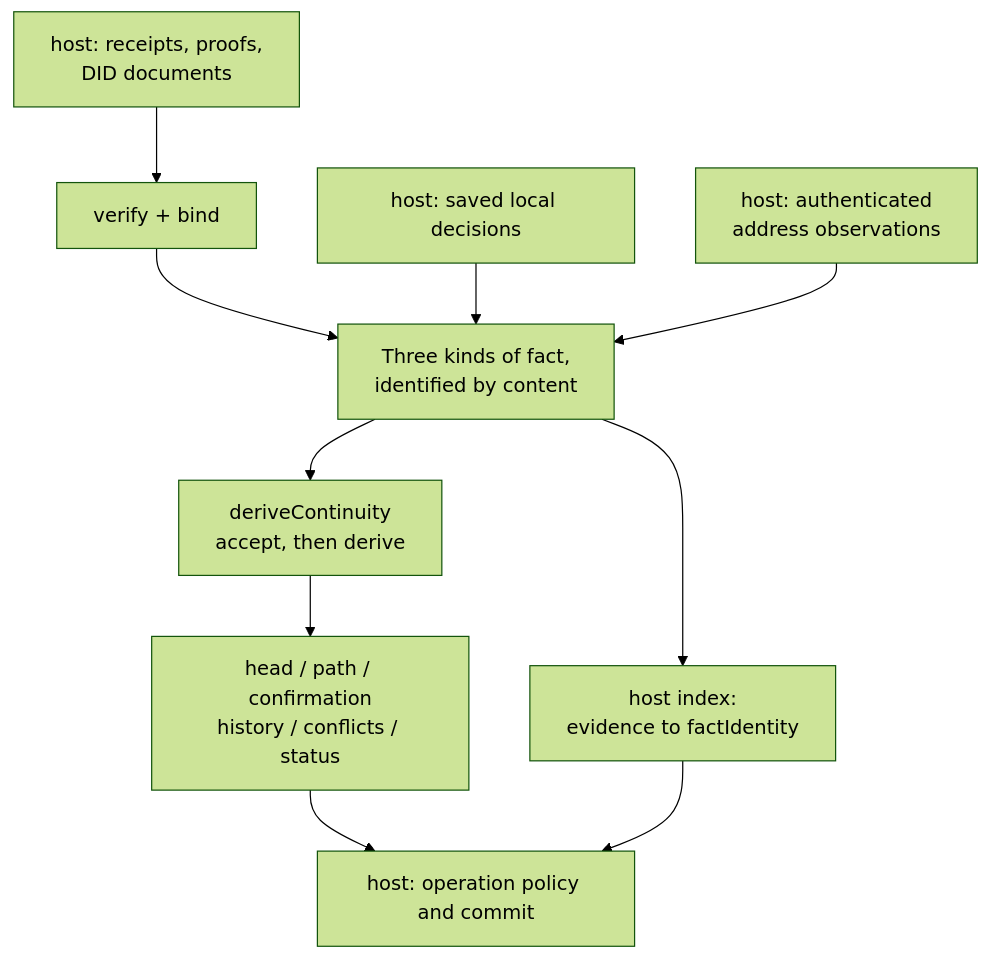
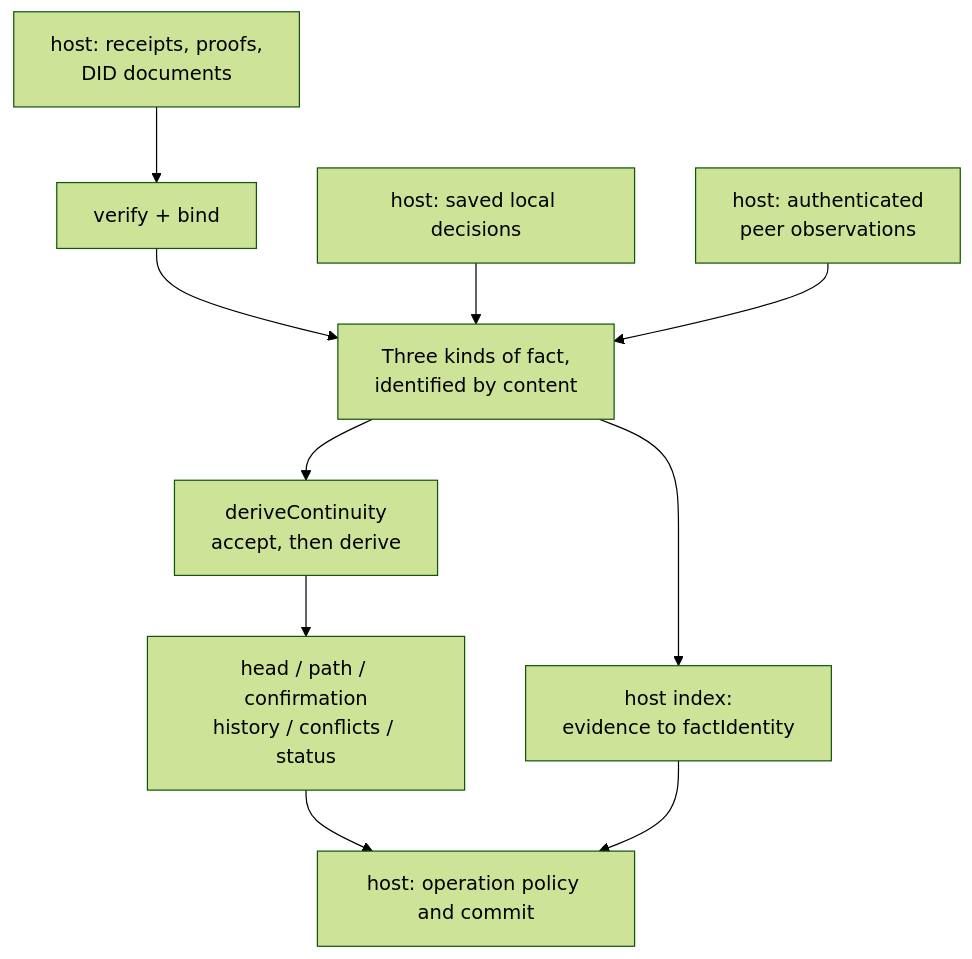
The first of 18 diagrams in packages/continuity/docs/guide.md (estoc-dev/estoc), drawn with Mermaid (forest theme) before and after one commit. The commit also changed other lines of this file and 20 other files, not shown here.

````diff
--- a/packages/continuity/docs/guide.md
+++ b/packages/continuity/docs/guide.md
@@ -32,12 +32,12 @@
 ```mermaid
 flowchart TB
     R["host: receipts, proofs,<br/>DID documents"] --> V["verify + bind"]
     V --> F["Three kinds of fact,<br/>identified by content"]
     D["host: saved local decisions"] --> F
-    O["host: authenticated<br/>address observations"] --> F
+    O["host: authenticated<br/>peer observations"] --> F
     F --> X["host index:<br/>evidence to factIdentity"]
     F --> M["deriveContinuity<br/>accept, then derive"]
     M --> Q["head / path / confirmation<br/>history / conflicts / status"]
     Q --> H["host: operation policy and commit"]
     X --> H
 ```
````
